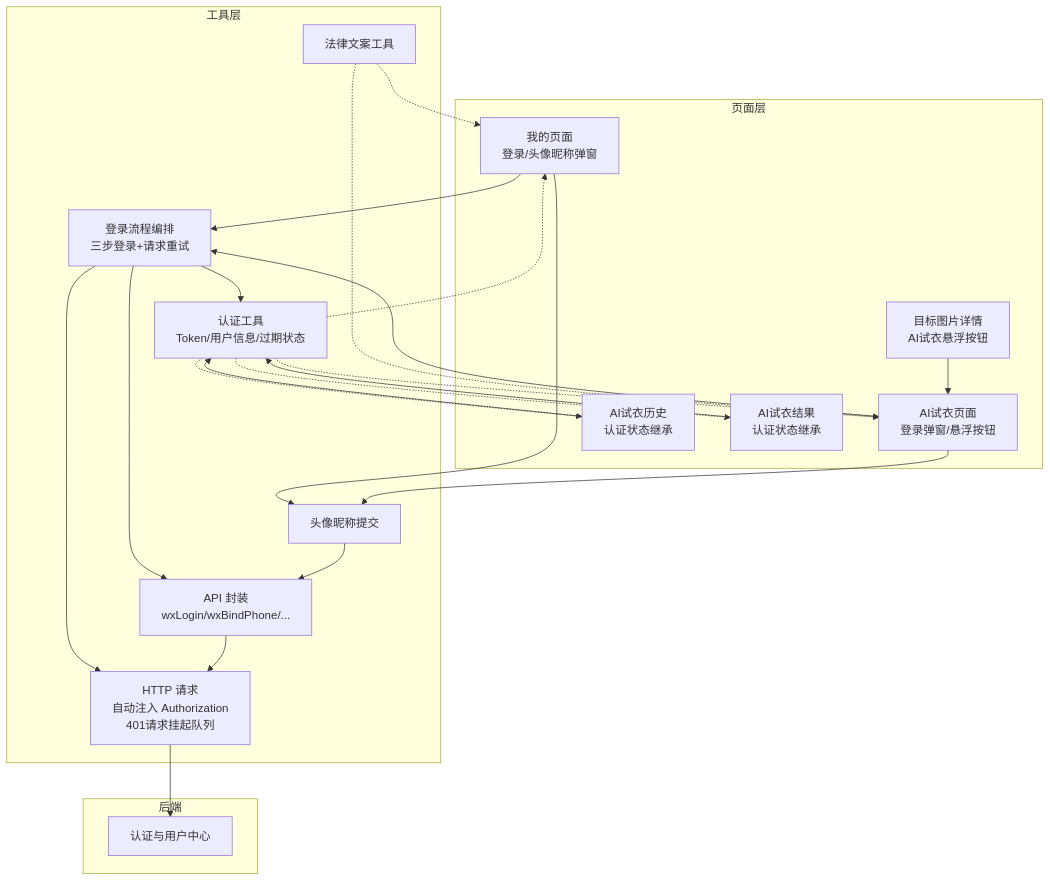
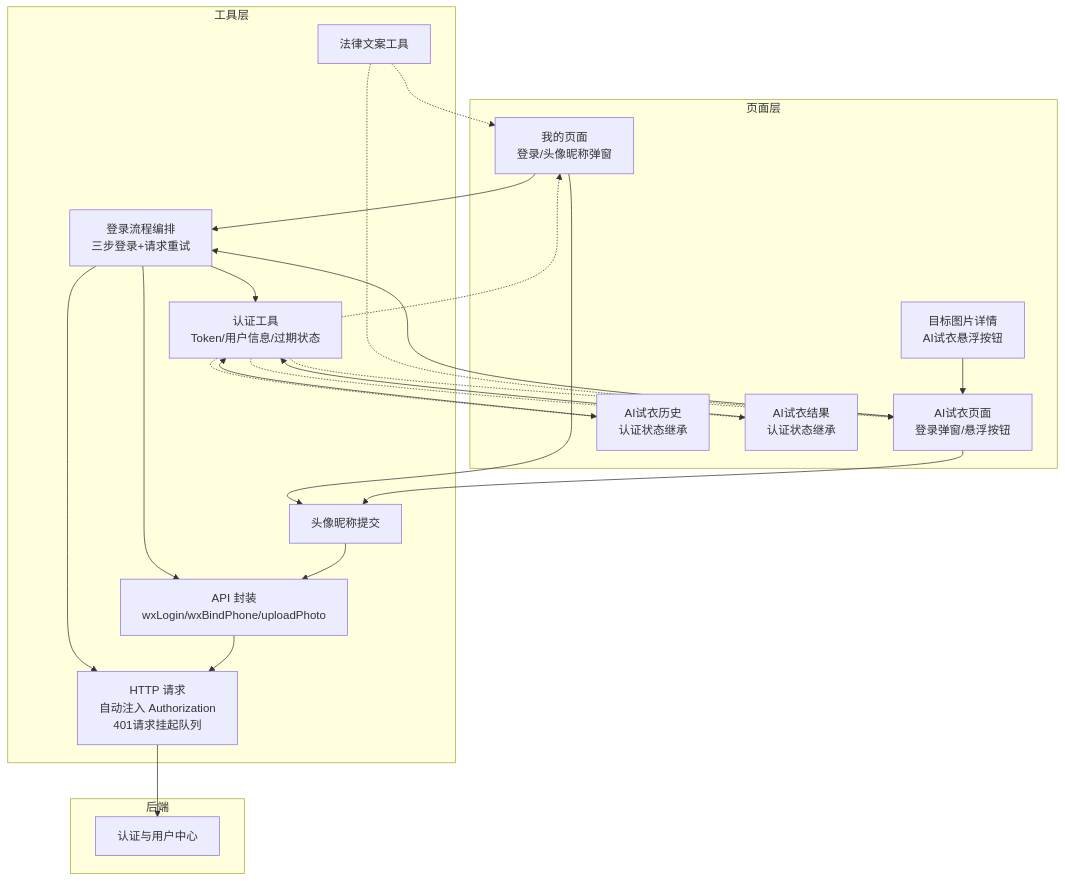
The second of 13 diagrams in .qoder/repowiki/zh/content/核心功能模块/用户认证系统.md (crazyma99/blueberry), drawn with Mermaid before and after one commit. The commit also changed other lines of this file and 13 other files, not shown here.

````diff
--- a/.qoder/repowiki/zh/content/核心功能模块/用户认证系统.md
+++ b/.qoder/repowiki/zh/content/核心功能模块/用户认证系统.md
@@ -144,40 +146,40 @@
 ```mermaid
 graph TB
 subgraph "页面层"
 Mine["我的页面<br/>登录/头像昵称弹窗"]
 AiTryOn["AI试衣页面<br/>登录弹窗/悬浮按钮"]
 TargetPhoto["目标图片详情<br/>AI试衣悬浮按钮"]
 AiTryOnHistory["AI试衣历史<br/>认证状态继承"]
 AiTryOnResult["AI试衣结果<br/>认证状态继承"]
 end
 subgraph "工具层"
 Auth["认证工具<br/>Token/用户信息/过期状态"]
 LoginFlow["登录流程编排<br/>三步登录+请求重试"]
 ProfileSubmit["头像昵称提交"]
-Api["API 封装<br/>wxLogin/wxBindPhone/..."]
+Api["API 封装<br/>wxLogin/wxBindPhone/uploadPhoto"]
 Http["HTTP 请求<br/>自动注入 Authorization<br/>401请求挂起队列"]
 Legal["法律文案工具"]
 end
 subgraph "后端"
 Backend["认证与用户中心"]
 end
 Mine --> LoginFlow
 Mine --> ProfileSubmit
 AiTryOn --> LoginFlow
 AiTryOn --> ProfileSubmit
 TargetPhoto --> AiTryOn
 AiTryOnHistory --> Auth
 AiTryOnResult --> Auth
 LoginFlow --> Api
 LoginFlow --> Auth
 LoginFlow --> Http
 ProfileSubmit --> Api
 Api --> Http
 Http --> Backend
 Auth -.-> Mine
 Auth -.-> AiTryOn
 Auth -.-> AiTryOnHistory
 Auth -.-> AiTryOnResult
 Legal -.-> Mine
 Legal -.-> AiTryOn
 ```
````
